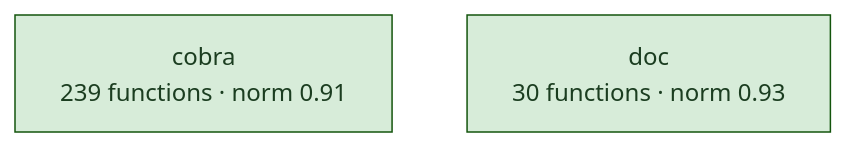
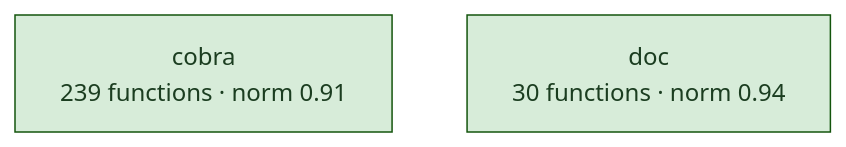
Before and after one commit to LukasSelin/doppel: the third of 7 diagrams in examples/cobra.md, drawn with Mermaid (forest theme). The commit also changed other lines of this file and 66 other files, not shown here.

````diff
--- a/examples/cobra.md
+++ b/examples/cobra.md
@@ -127,9 +171,9 @@
 ```mermaid
 flowchart TD
     h0["cobra<br/>239 functions · norm 0.91"]
-    h1["doc<br/>30 functions · norm 0.93"]
+    h1["doc<br/>30 functions · norm 0.94"]
     classDef good fill:#d7ecd9,color:#1b3d20
     classDef warn fill:#fbeecb,color:#4a3a12
     classDef hot fill:#f7d6d6,color:#4a1c1c
     class h0,h1 good
 ```
````
